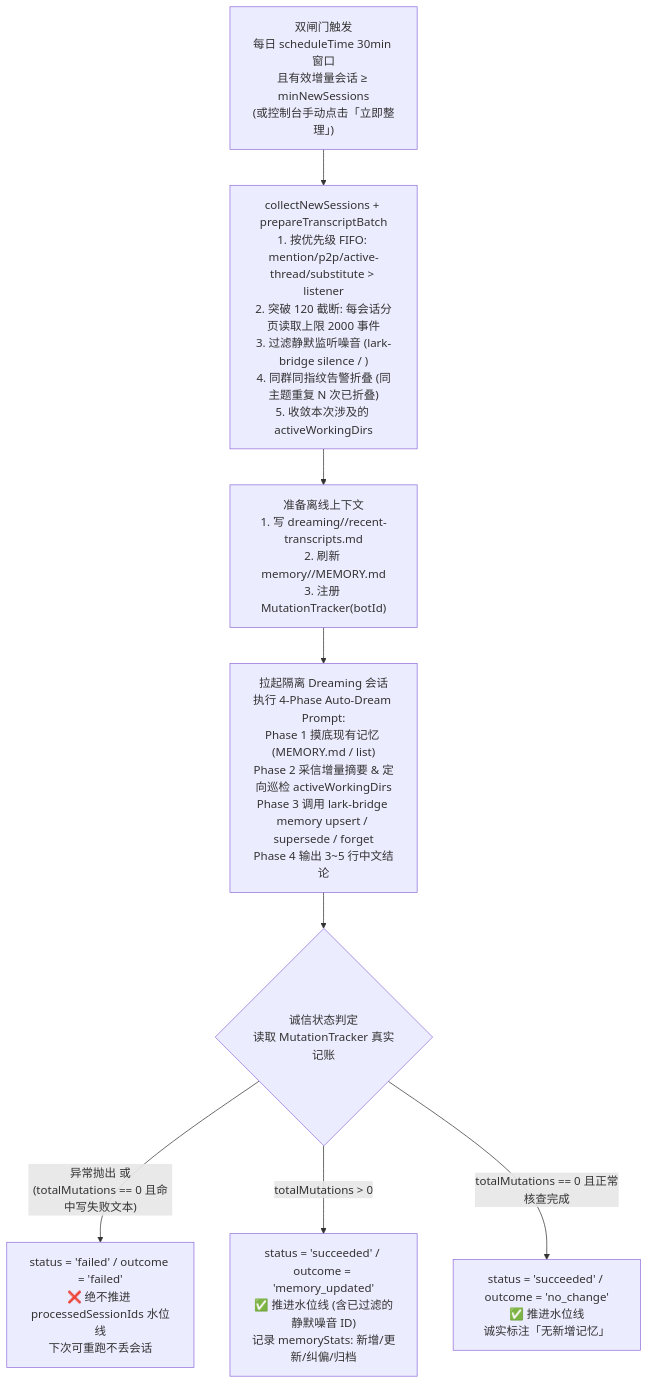
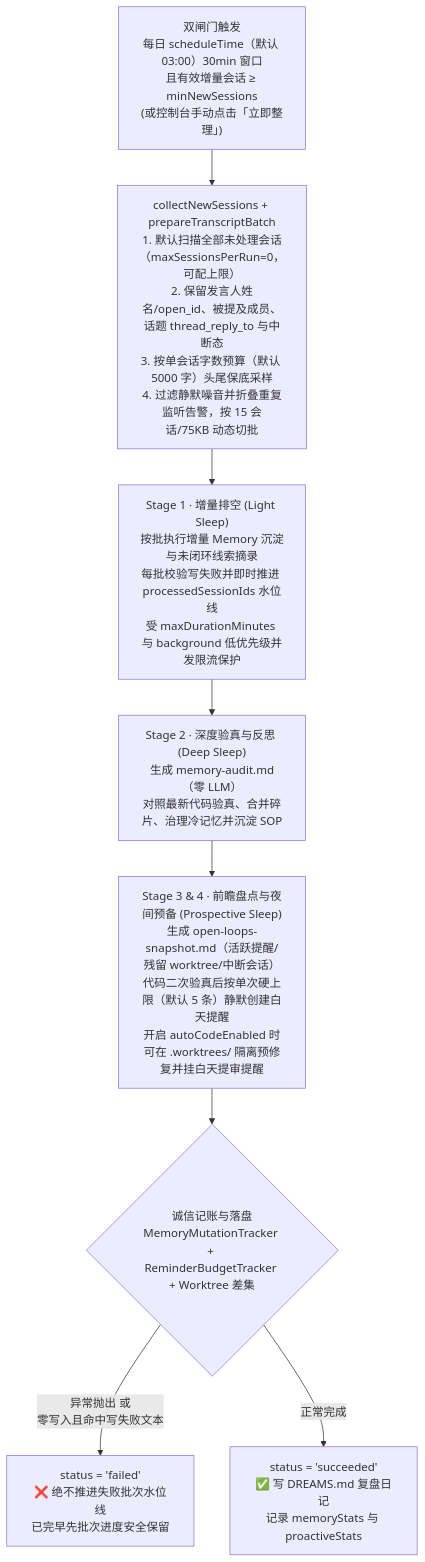
The fifth of 5 diagrams in docs/architecture/memory-and-dreaming.md (harryzhz/dsh-lark-bridge), drawn with Mermaid before and after one commit. The commit also changed other lines of this file and 19 other files, not shown here.

Commit message:
feat(dreaming): upgrade Auto-Dream to multi-stage sleep consolidation with open-loop reminders and configurable budgets

````diff
--- a/docs/architecture/memory-and-dreaming.md
+++ b/docs/architecture/memory-and-dreaming.md
@@ -256,16 +259,15 @@
 ```mermaid
 flowchart TD
-    Gate["双闸门触发\n每日 scheduleTime 30min 窗口\n且有效增量会话 ≥ minNewSessions\n(或控制台手动点击「立即整理」)"]
-    Scan["collectNewSessions + prepareTranscriptBatch\n1. 按优先级 FIFO: mention/p2p/active-thread/substitute > listener\n2. 突破 120 截断: 每会话分页读取上限 2000 事件\n3. 过滤静默监听噪音 (lark-bridge silence / <no_reply/>)\n4. 同群同指纹告警折叠 (同主题重复 N 次已折叠)\n5. 收敛本次涉及的 activeWorkingDirs"]
-    Prep["准备离线上下文\n1. 写 dreaming/<botId>/recent-transcripts.md\n2. 刷新 memory/<botId>/MEMORY.md\n3. 注册 MutationTracker(botId)"]
-    Run["拉起隔离 Dreaming 会话\n执行 4-Phase Auto-Dream Prompt:\nPhase 1 摸底现有记忆 (MEMORY.md / list)\nPhase 2 采信增量摘要 & 定向巡检 activeWorkingDirs\nPhase 3 调用 lark-bridge memory upsert / supersede / forget\nPhase 4 输出 3~5 行中文结论"]
-    Audit{"诚信状态判定\n读取 MutationTracker 真实记账"}
-    Fail["status = 'failed' / outcome = 'failed'\n❌ 绝不推进 processedSessionIds 水位线\n下次可重跑不丢会话"]
-    Updated["status = 'succeeded' / outcome = 'memory_updated'\n✅ 推进水位线 (含已过滤的静默噪音 ID)\n记录 memoryStats: 新增/更新/纠偏/归档"]
-    NoChange["status = 'succeeded' / outcome = 'no_change'\n✅ 推进水位线\n诚实标注「无新增记忆」"]
+    Gate["双闸门触发\n每日 scheduleTime（默认 03:00）30min 窗口\n且有效增量会话 ≥ minNewSessions\n(或控制台手动点击「立即整理」)"]
+    Scan["collectNewSessions + prepareTranscriptBatch\n1. 默认扫描全部未处理会话（maxSessionsPerRun=0，可配上限）\n2. 保留发言人姓名/open_id、被提及成员、话题 thread_reply_to 与中断态\n3. 按单会话字数预算（默认 5000 字）头尾保底采样\n4. 过滤静默噪音并折叠重复监听告警，按 15 会话/75KB 动态切批"]
+    S1["Stage 1 · 增量排空 (Light Sleep)\n按批执行增量 Memory 沉淀与未闭环线索摘录\n每批校验写失败并即时推进 processedSessionIds 水位线\n受 maxDurationMinutes 与 background 低优先级并发限流保护"]
+    S2["Stage 2 · 深度验真与反思 (Deep Sleep)\n生成 memory-audit.md（零 LLM）\n对照最新代码验真、合并碎片、治理冷记忆并沉淀 SOP"]
+    S3["Stage 3 & 4 · 前瞻盘点与夜间预备 (Prospective Sleep)\n生成 open-loops-snapshot.md（活跃提醒/残留 worktree/中断会话）\n代码二次验真后按单次硬上限（默认 5 条）静默创建白天提醒\n开启 autoCodeEnabled 时可在 .worktrees/ 隔离预修复并挂白天提审提醒"]
+    Audit{"诚信记账与落盘\nMemoryMutationTracker + ReminderBudgetTracker + Worktree 差集"}
+    Fail["status = 'failed'\n❌ 绝不推进失败批次水位线\n已完早先批次进度安全保留"]
+    Done["status = 'succeeded'\n✅ 写 DREAMS.md 复盘日记\n记录 memoryStats 与 proactiveStats"]
 
-    Gate --> Scan --> Prep --> Run --> Audit
-    Audit -- "异常抛出 或\n(totalMutations == 0 且命中写失败文本)" --> Fail
-    Audit -- "totalMutations > 0" --> Updated
-    Audit -- "totalMutations == 0 且正常核查完成" --> NoChange
+    Gate --> Scan --> S1 --> S2 --> S3 --> Audit
+    Audit -- "异常抛出 或\n零写入且命中写失败文本" --> Fail
+    Audit -- "正常完成" --> Done
 ```
````
